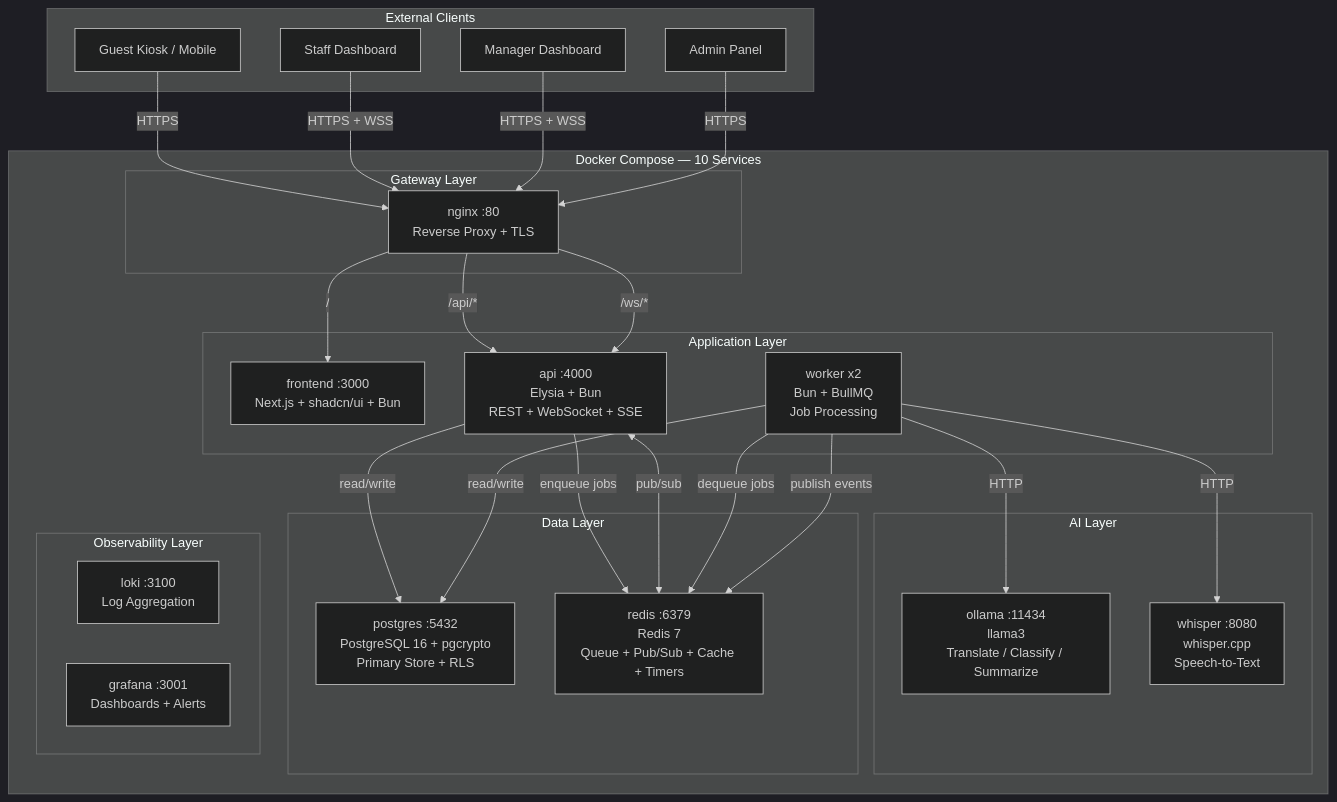
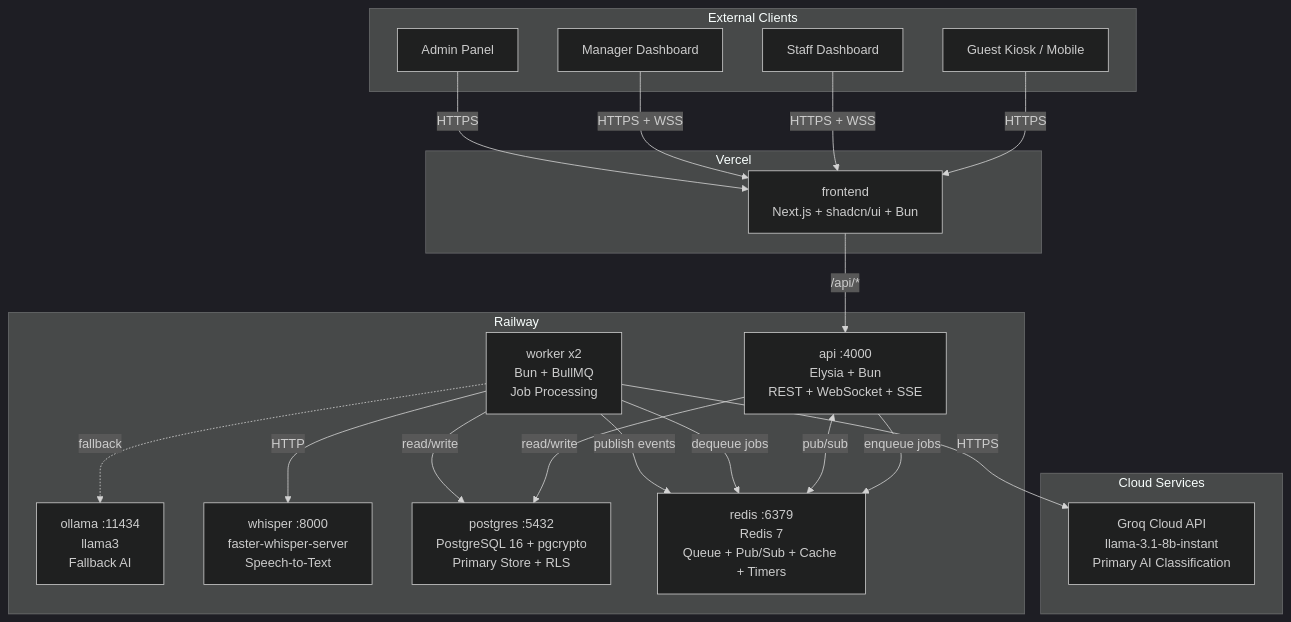
Before and after one commit to tachyon-development/test-translation: the diagram in README.md, drawn with Mermaid (dark theme). The commit also changed other lines of this file and 5 other files, not shown here.

````diff
--- a/README.md
+++ b/README.md
@@ -15,56 +17,44 @@
 ```mermaid
 graph TB
     subgraph External["External Clients"]
         GK["Guest Kiosk / Mobile"]
         SD["Staff Dashboard"]
         MD["Manager Dashboard"]
         AD["Admin Panel"]
     end
 
-    subgraph Docker["Docker Compose — 10 Services"]
-
-        subgraph Gateway["Gateway Layer"]
-            NG["nginx :80<br/>Reverse Proxy + TLS"]
-        end
-
-        subgraph Application["Application Layer"]
-            FE["frontend :3000<br/>Next.js + shadcn/ui + Bun"]
-            API["api :4000<br/>Elysia + Bun<br/>REST + WebSocket + SSE"]
-            WK["worker x2<br/>Bun + BullMQ<br/>Job Processing"]
-        end
-
-        subgraph AI["AI Layer"]
-            OL["ollama :11434<br/>llama3<br/>Translate / Classify / Summarize"]
-            WH["whisper :8080<br/>whisper.cpp<br/>Speech-to-Text"]
-        end
-
-        subgraph Data["Data Layer"]
-            PG["postgres :5432<br/>PostgreSQL 16 + pgcrypto<br/>Primary Store + RLS"]
-            RD["redis :6379<br/>Redis 7<br/>Queue + Pub/Sub + Cache + Timers"]
-        end
-
-        subgraph Observability["Observability Layer"]
-            LK["loki :3100<br/>Log Aggregation"]
-            GF["grafana :3001<br/>Dashboards + Alerts"]
-        end
+    subgraph Cloud["Cloud Services"]
+        GROQ["Groq Cloud API<br/>llama-3.1-8b-instant<br/>Primary AI Classification"]
     end
 
-    GK -->|"HTTPS"| NG
-    SD -->|"HTTPS + WSS"| NG
-    MD -->|"HTTPS + WSS"| NG
-    AD -->|"HTTPS"| NG
+    subgraph Vercel["Vercel"]
+        FE["frontend<br/>Next.js + shadcn/ui + Bun"]
+    end
 
-    NG -->|"/"| FE
-    NG -->|"/api/*"| API
-    NG -->|"/ws/*"| API
+    subgraph Railway["Railway"]
+        API["api :4000<br/>Elysia + Bun<br/>REST + WebSocket + SSE"]
+        WK["worker x2<br/>Bun + BullMQ<br/>Job Processing"]
+        OL["ollama :11434<br/>llama3<br/>Fallback AI"]
+        WH["whisper :8000<br/>faster-whisper-server<br/>Speech-to-Text"]
+        PG["postgres :5432<br/>PostgreSQL 16 + pgcrypto<br/>Primary Store + RLS"]
+        RD["redis :6379<br/>Redis 7<br/>Queue + Pub/Sub + Cache + Timers"]
+    end
+
+    GK -->|"HTTPS"| FE
+    SD -->|"HTTPS + WSS"| FE
+    MD -->|"HTTPS + WSS"| FE
+    AD -->|"HTTPS"| FE
+
+    FE -->|"/api/*"| API
 
     API -->|"enqueue jobs"| RD
     API -->|"read/write"| PG
     API <-->|"pub/sub"| RD
 
     WK -->|"dequeue jobs"| RD
-    WK -->|"HTTP"| OL
+    WK -->|"HTTPS"| GROQ
+    WK -.->|"fallback"| OL
     WK -->|"HTTP"| WH
     WK -->|"read/write"| PG
     WK -->|"publish events"| RD
 ```
````
